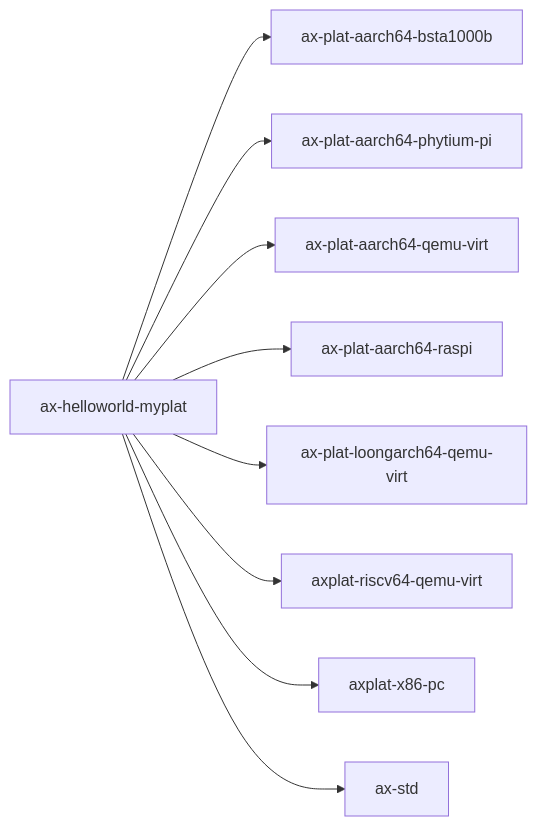
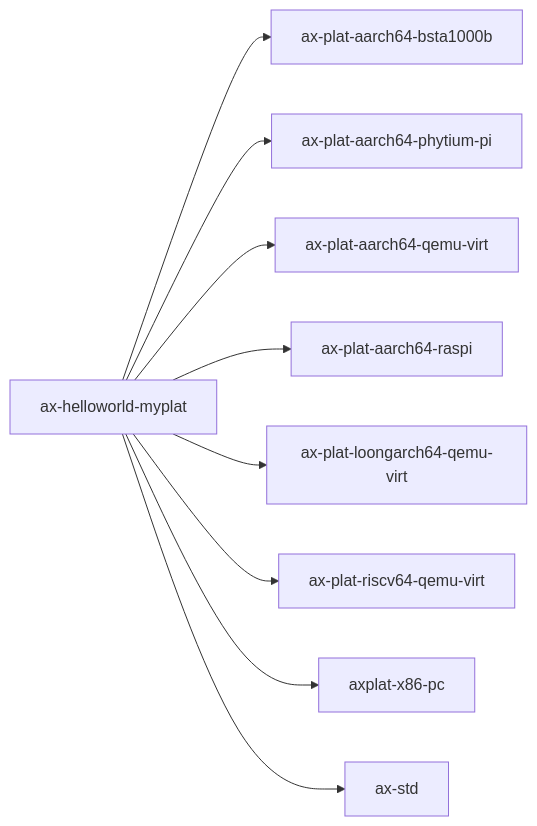
The diagram in docs/crates/ax-helloworld-myplat.md (zKurisu/tgoskits), drawn with Mermaid before and after one commit. The commit also changed other lines of this file and 41 other files, not shown here.

Commit message:
rename axplat-riscv64-qemu-virt to ax-plat-riscv64-qemu-virt

````diff
--- a/docs/crates/ax-helloworld-myplat.md
+++ b/docs/crates/ax-helloworld-myplat.md
@@ -31,12 +31,12 @@
 ```mermaid
 graph LR
     current["ax-helloworld-myplat"]
     current --> axplat_aarch64_bsta1000b["ax-plat-aarch64-bsta1000b"]
     current --> axplat_aarch64_phytium_pi["ax-plat-aarch64-phytium-pi"]
     current --> axplat_aarch64_qemu_virt["ax-plat-aarch64-qemu-virt"]
     current --> axplat_aarch64_raspi["ax-plat-aarch64-raspi"]
     current --> ax_plat_loongarch64_qemu_virt["ax-plat-loongarch64-qemu-virt"]
-    current --> axplat_riscv64_qemu_virt["axplat-riscv64-qemu-virt"]
+    current --> ax_plat_riscv64_qemu_virt["ax-plat-riscv64-qemu-virt"]
     current --> axplat_x86_pc["axplat-x86-pc"]
     current --> ax-std["ax-std"]
 ```
````
